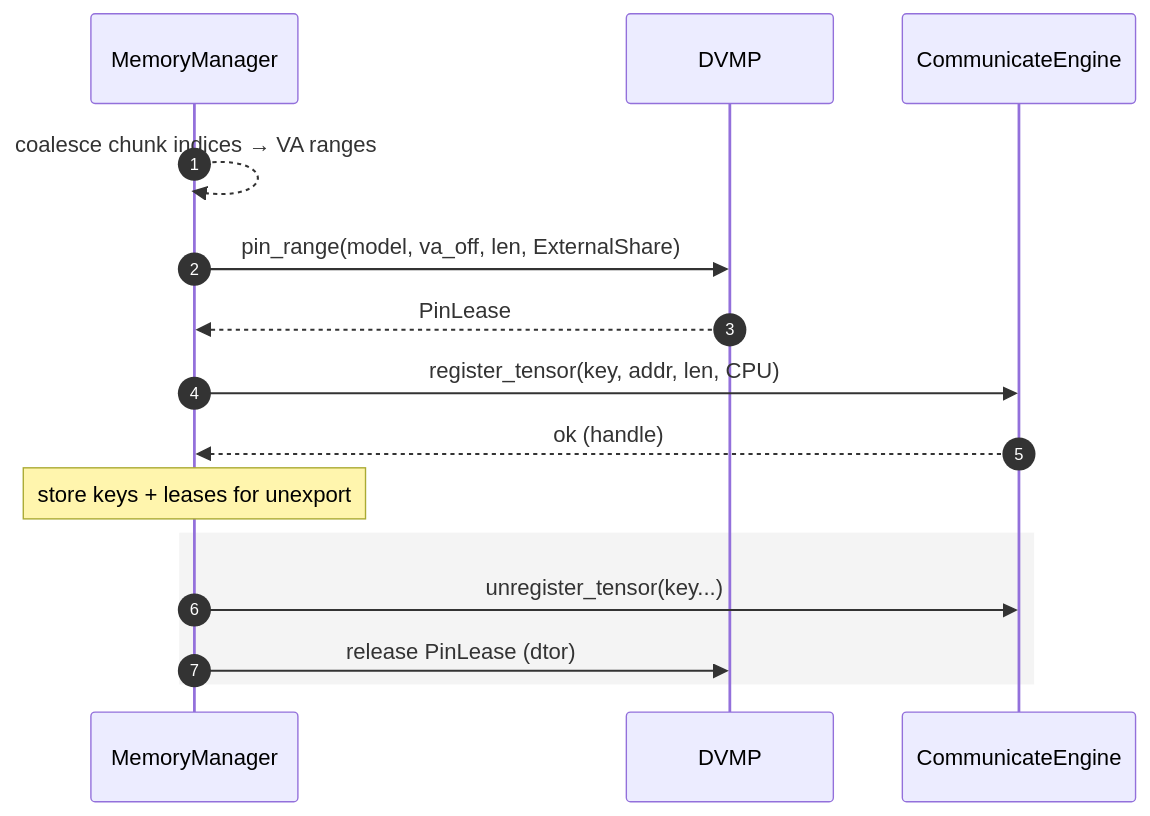
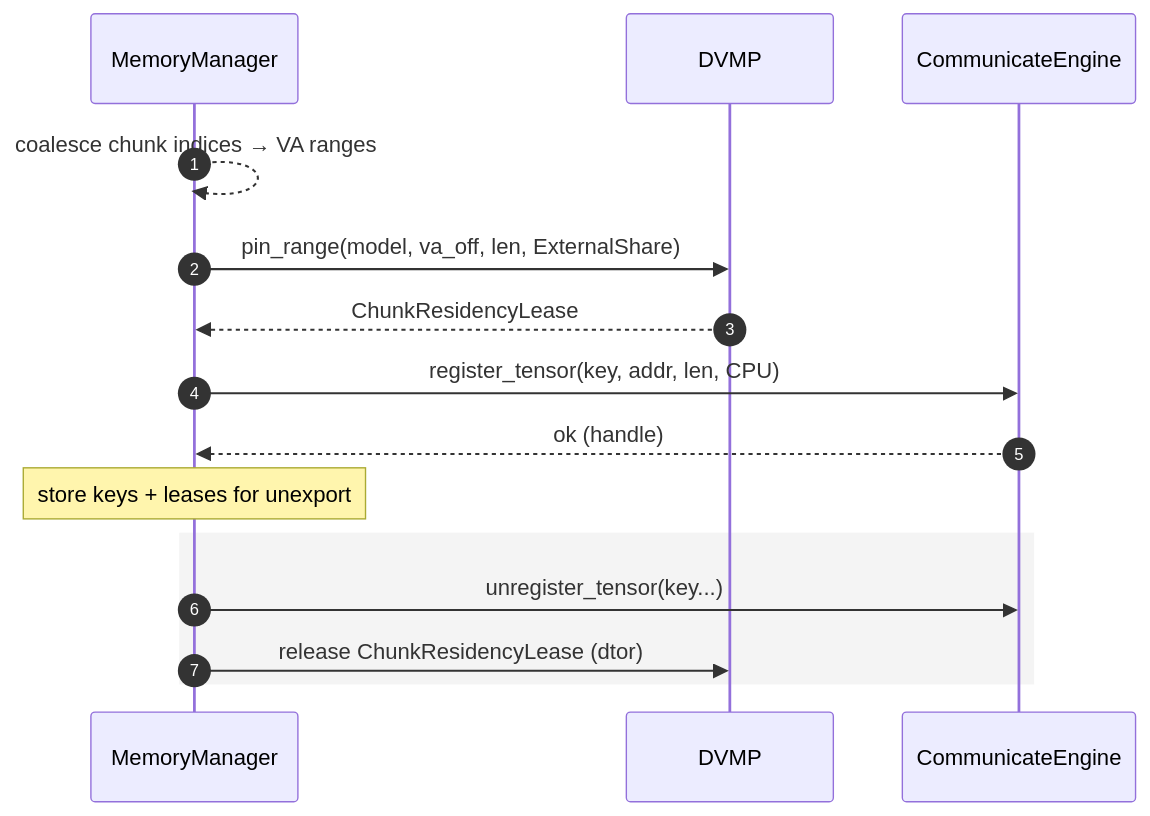
One commit to tensorcast-ai/tensorcast changed the fifth of 7 diagrams in rfcs/0001-distributed-virtual-memory-pool.md. Above: the diagram before and after it, drawn with Mermaid. The commit also changed other lines of this file and 33 other files, not shown here.

````diff
--- a/rfcs/0001-distributed-virtual-memory-pool.md
+++ b/rfcs/0001-distributed-virtual-memory-pool.md
@@ -282,19 +282,19 @@
 ```mermaid
 sequenceDiagram
     autonumber
     participant MM as MemoryManager
     participant DV as DVMP
     participant CE as CommunicateEngine
 
     MM-->>MM: coalesce chunk indices → VA ranges
     MM->>DV: pin_range(model, va_off, len, ExternalShare)
-    DV-->>MM: PinLease
+    DV-->>MM: ChunkResidencyLease
     MM->>CE: register_tensor(key, addr, len, CPU)
     CE-->>MM: ok (handle)
     Note over MM: store keys + leases for unexport
 
     rect rgba(200,200,200,0.2)
     MM->>CE: unregister_tensor(key...)
-    MM->>DV: release PinLease (dtor)
+    MM->>DV: release ChunkResidencyLease (dtor)
     end
 ```
````
